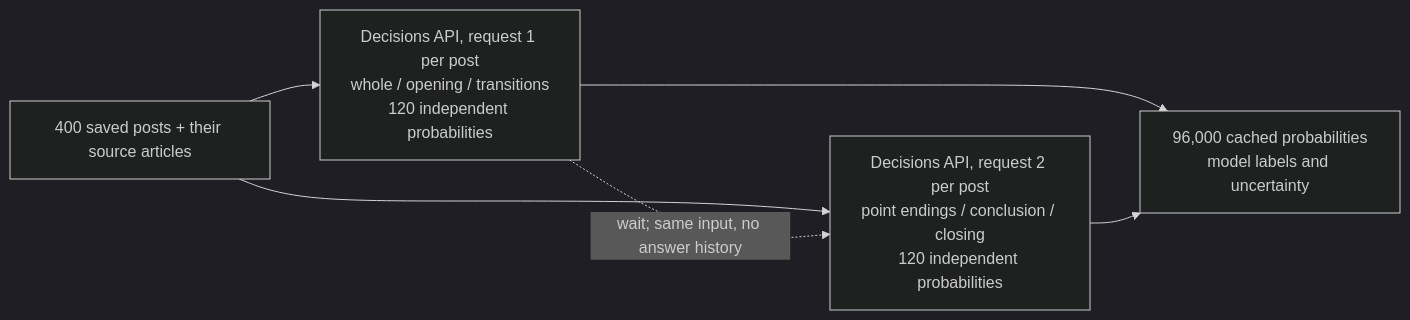
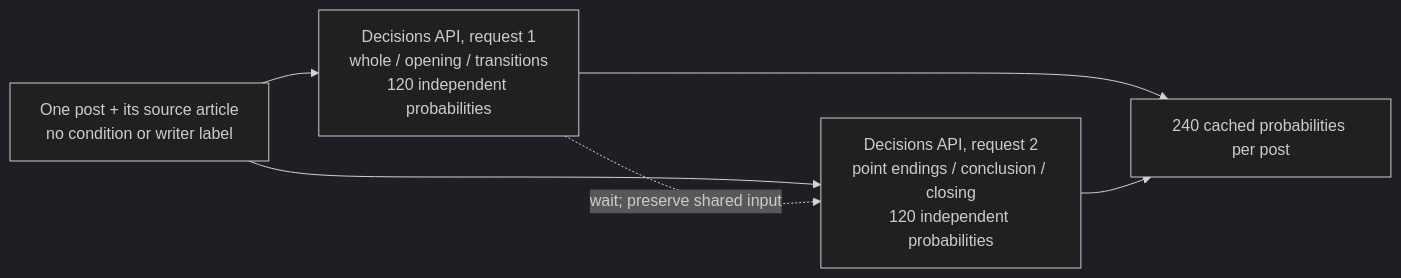
One commit to k-sandhu/experiment-notebooks changed the third of 3 diagrams in notebooks/40-linkedin-writing-habits/README.md. Above: the diagram before and after it, drawn with Mermaid (dark theme). The commit also changed other lines of this file and 2063 other files, not shown here.

````diff
--- a/notebooks/40-linkedin-writing-habits/README.md
+++ b/notebooks/40-linkedin-writing-habits/README.md
@@ -235,8 +205,8 @@
 ```mermaid
 flowchart LR
-    A["400 saved posts + their source articles"] --> D1["Decisions API, request 1 per post<br/>whole / opening / transitions<br/>120 independent probabilities"]
-    A --> D2["Decisions API, request 2 per post<br/>point endings / conclusion / closing<br/>120 independent probabilities"]
-    D1 -. "wait; same input, no answer history" .-> D2
-    D1 --> C["96,000 cached probabilities<br/>model labels and uncertainty"]
-    D2 --> C
+    A["One post + its source article<br/>no condition or writer label"] --> B["Decisions API, request 1<br/>whole / opening / transitions<br/>120 independent probabilities"]
+    A --> C["Decisions API, request 2<br/>point endings / conclusion / closing<br/>120 independent probabilities"]
+    B -. "wait; preserve shared input" .-> C
+    B --> D["240 cached probabilities per post"]
+    C --> D
 ```
````
